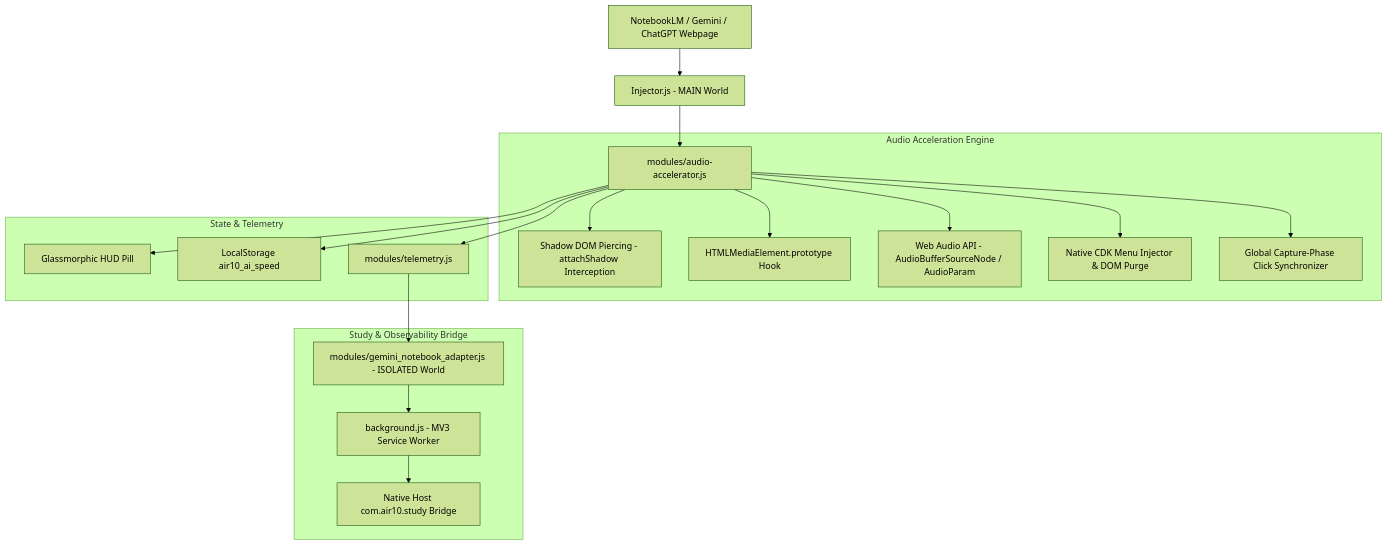
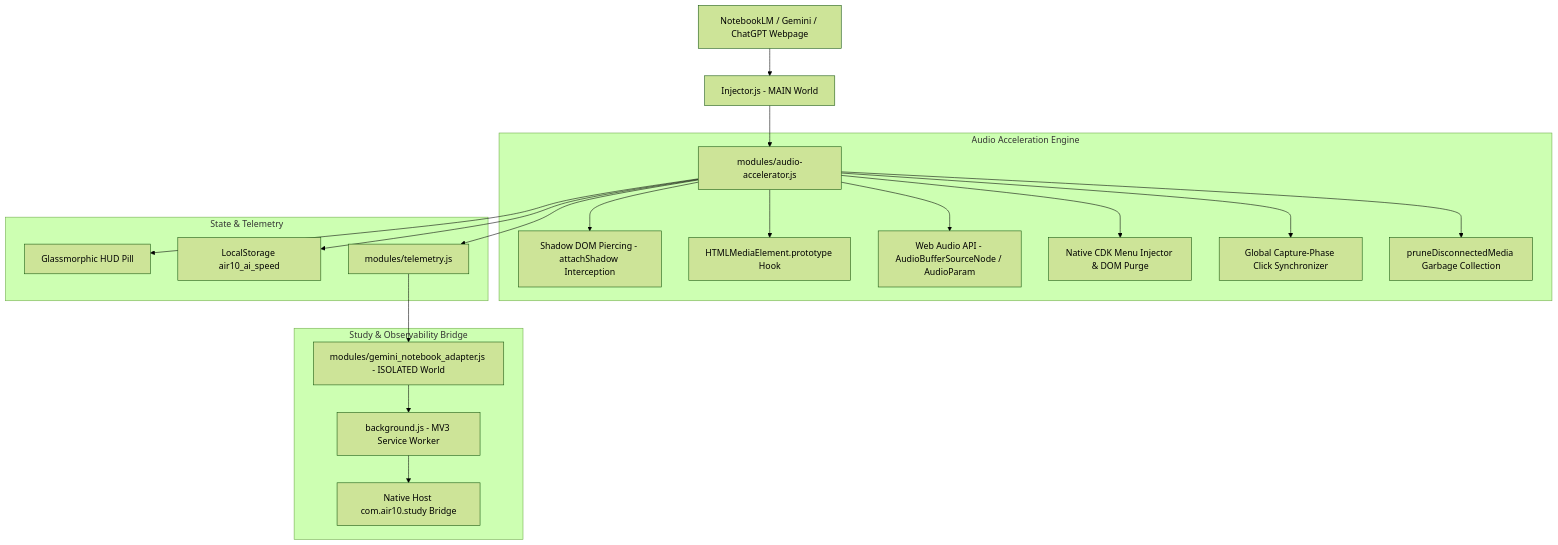
Before and after one commit to rajon369963-del/air10-ai-audio-accelerator: the diagram in README.md, drawn with Mermaid (forest theme). The commit also changed other lines of this file, not shown here.

````diff
--- a/README.md
+++ b/README.md
@@ -28,25 +69,26 @@
 ```mermaid
 graph TD
   A[NotebookLM / Gemini / ChatGPT Webpage] --> B[Injector.js - MAIN World]
   B --> C[modules/audio-accelerator.js]
   
   subgraph "Audio Acceleration Engine"
     C --> D[Shadow DOM Piercing - attachShadow Interception]
     C --> E[HTMLMediaElement.prototype Hook]
     C --> F[Web Audio API - AudioBufferSourceNode / AudioParam]
     C --> G[Native CDK Menu Injector & DOM Purge]
     C --> H[Global Capture-Phase Click Synchronizer]
+    C --> I[pruneDisconnectedMedia Garbage Collection]
   end
 
   subgraph "State & Telemetry"
-    C --> I[Glassmorphic HUD Pill]
-    C --> J[LocalStorage air10_ai_speed]
-    C --> K[modules/telemetry.js]
+    C --> J[Glassmorphic HUD Pill]
+    C --> K[LocalStorage air10_ai_speed]
+    C --> L[modules/telemetry.js]
   end
 
   subgraph "Study & Observability Bridge"
-    K --> L[modules/gemini_notebook_adapter.js - ISOLATED World]
-    L --> M[background.js - MV3 Service Worker]
-    M --> N[Native Host com.air10.study Bridge]
+    L --> M[modules/gemini_notebook_adapter.js - ISOLATED World]
+    M --> N[background.js - MV3 Service Worker]
+    N --> O[Native Host com.air10.study Bridge]
   end
 ```
````
